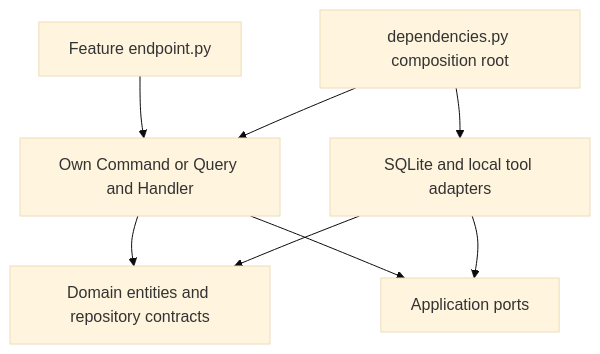
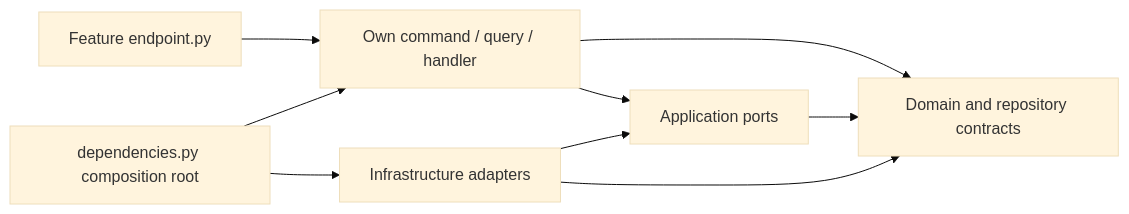
The second of 2 diagrams in README.md (danillofratta/agentgate-sdd), drawn with Mermaid (base theme) before and after one commit. The commit also changed other lines of this file and 18 other files, not shown here.

````diff
--- a/README.md
+++ b/README.md
@@ -32,10 +118,11 @@
 ```mermaid
-flowchart TD
-    HTTP[Feature endpoint.py] --> Core[Own Command or Query and Handler]
-    Core --> Domain[Domain entities and repository contracts]
-    Core --> Ports[Application ports]
-    Infra[SQLite and local tool adapters] --> Domain
-    Infra --> Ports
-    DI[dependencies.py composition root] --> Core
+flowchart LR
+    Endpoint[Feature endpoint.py] --> Slice[Own command / query / handler]
+    Slice --> Domain[Domain and repository contracts]
+    Slice --> Ports[Application ports]
+    Ports --> Domain
+    Infra[Infrastructure adapters] --> Ports
+    Infra --> Domain
+    DI[dependencies.py composition root] --> Slice
     DI --> Infra
 ```
````
